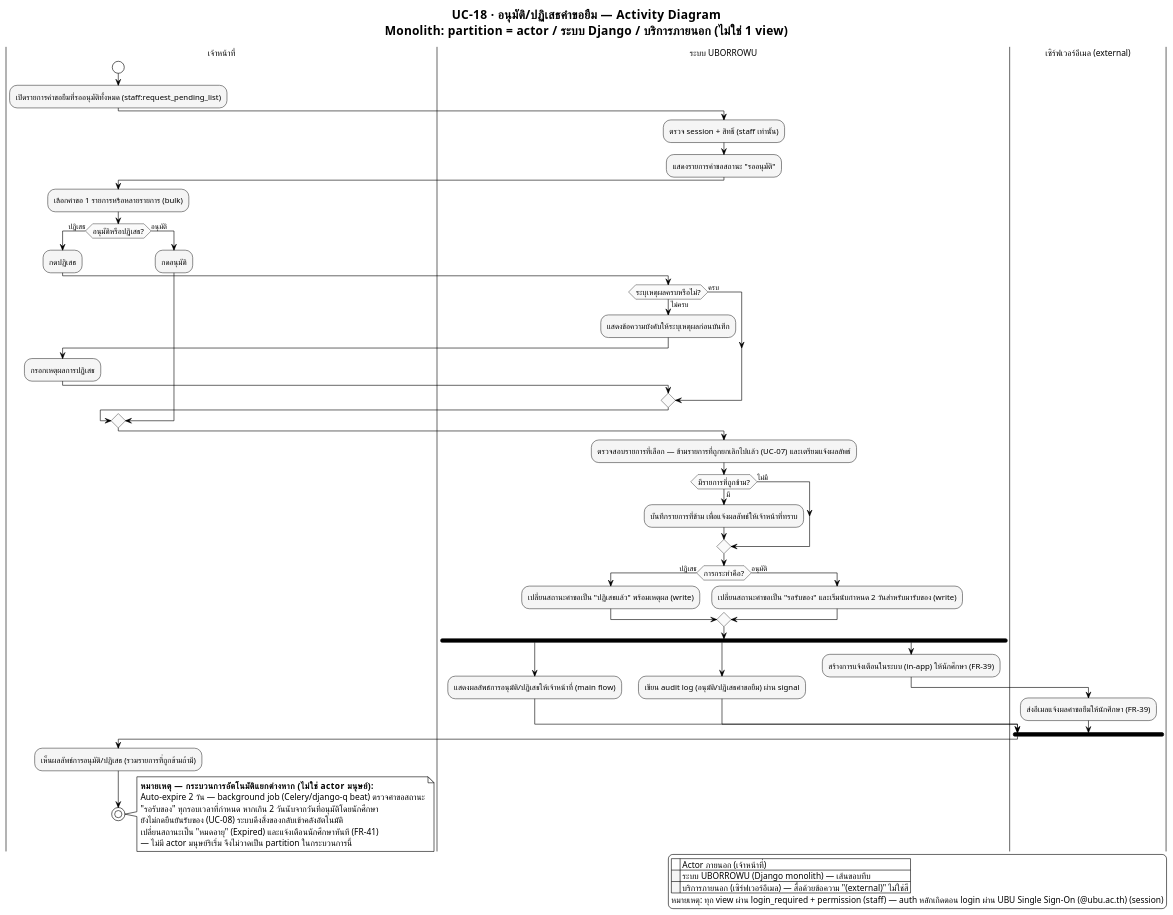
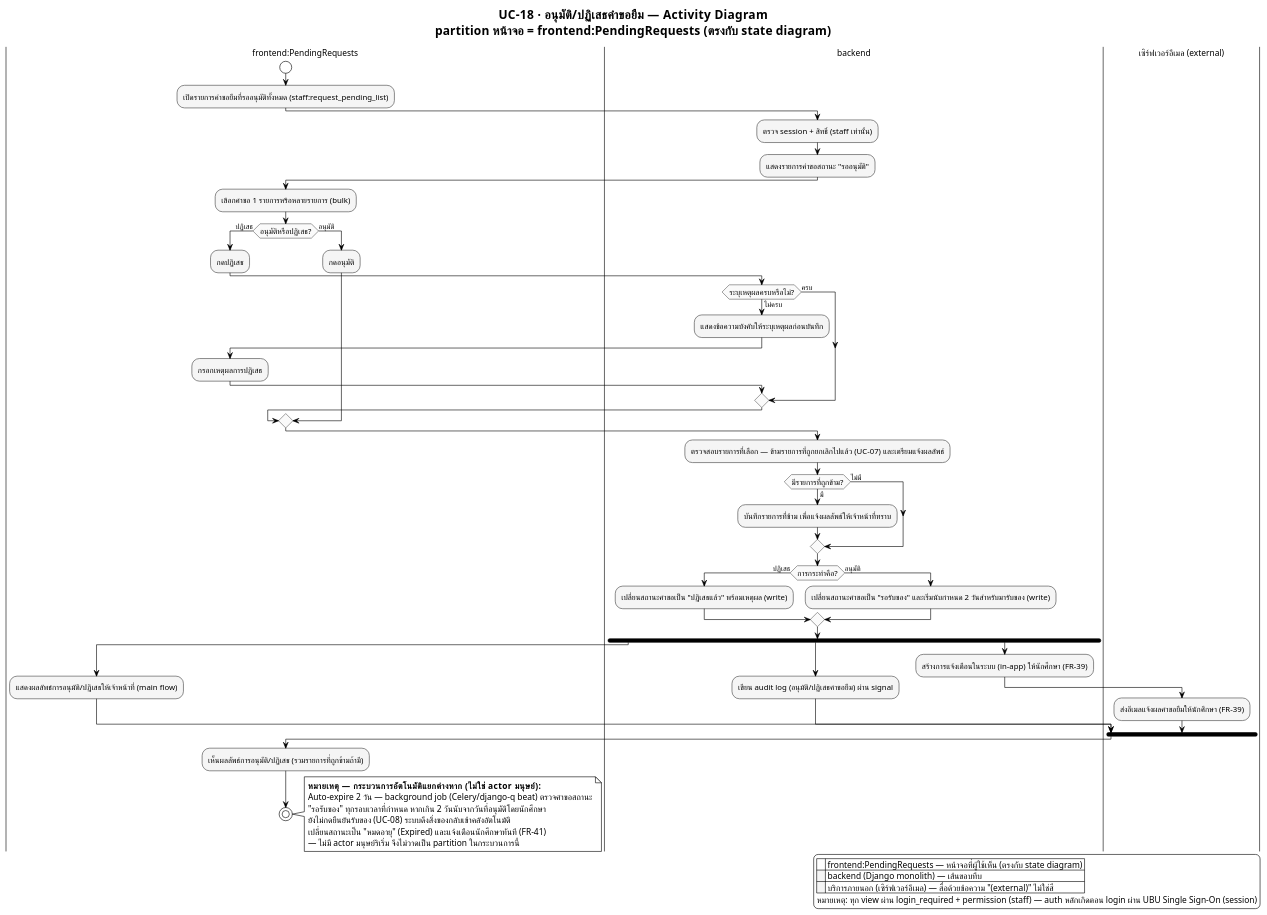
Before and after one commit to patlnwza-007/project-2569: the diagram in proposal/usecase/activity_module6_uc18.puml, drawn with PlantUML. The commit also changed 46 other files, not shown here.

First line of the commit message:
Rework UI state/activity diagrams onto frontend:PageCode/backend convention

```diff
--- a/proposal/usecase/activity_module6_uc18.puml
+++ b/proposal/usecase/activity_module6_uc18.puml
@@ -1,111 +1,113 @@
 @startuml activity_module6_uc18
 ' ══════════════════════════════════════════════════════════════════
 ' รองรับภาษาไทย — อ่านก่อน render:
 ' 1. บันทึกไฟล์นี้เป็น UTF-8 (ไม่ต้องมี BOM) เสมอ
 ' 2. ถ้า render ผ่าน CLI (plantuml.jar) ต้องระบุ flag encoding ด้วย:
 '      java -Dfile.encoding=UTF-8 -jar plantuml.jar -charset UTF-8 activity_staff_uc18_approve_reject.puml
 ' 3. บังคับใช้ Smetana (pure-Java layout engine) แทน Graphviz/dot
 '    เพราะ Graphviz บางระบบ (โดยเฉพาะ Windows) อ่าน UTF-8 ไม่ตรง ทำให้ตัวอักษรไทยเพี้ยน/หาย
 !pragma layout smetana
 ' 4. ฟอนต์ที่มีสระ/วรรณยุกต์ไทยครบและ render ผ่าน Java ได้เสถียร
 '    - Windows: "TH Sarabun New" (ฟอนต์มาตรฐานราชการ) หรือ "Tahoma" (มากับเครื่องอยู่แล้ว)
 '    - Linux / PlantUML online server: เปลี่ยนเป็น "Noto Sans Thai" หรือ "Loma"
 skinparam defaultFontName "TH Sarabun New"
 skinparam defaultFontSize 14
 ' ══════════════════════════════════════════════════════════════════
 
 !theme plain
 skinparam titleFontName "TH Sarabun New"
 skinparam titleFontSize 20
 skinparam noteFontName "TH Sarabun New"
 skinparam ArrowFontName "TH Sarabun New"
 skinparam ArrowFontSize 12
 skinparam swimlaneTitleFontName "TH Sarabun New"
 skinparam swimlaneTitleFontSize 14
 
 ' ===== Monochrome เท่านั้น — ห้ามให้แต่ละ partition มีสีต่างกัน =====
 skinparam activity {
   BackgroundColor #F5F5F5
   BorderColor #424242
   FontName "TH Sarabun New"
   FontSize 13
   DiamondBackgroundColor #FAFAFA
   DiamondBorderColor #616161
 }
 skinparam partition {
   BackgroundColor #FAFAFA
   BorderColor #424242
 }
 
-title UC-18 · อนุมัติ/ปฏิเสธคำขอยืม — Activity Diagram\nMonolith: partition = actor / ระบบ Django / บริการภายนอก (ไม่ใช่ 1 view)
+title UC-18 · อนุมัติ/ปฏิเสธคำขอยืม — Activity Diagram\npartition หน้าจอ = frontend:PendingRequests (ตรงกับ state diagram)
 
-' ===== Actor ภายนอก (human) ที่ริเริ่มกระบวนการ =====
-' หมายเหตุ: สมมติว่าเจ้าหน้าที่ login แล้ว (session ผ่าน allauth) — ไม่ต้องวาด OAuth ซ้ำใน flow ทั่วไป
-|เจ้าหน้าที่|
+|frontend:PendingRequests|
 start
+' สมมติว่าเจ้าหน้าที่ login แล้ว (session) — ไม่ต้องวาด OAuth/SSO ซ้ำใน flow ทั่วไป
 :เปิดรายการคำขอยืมที่รออนุมัติทั้งหมด (staff:request_pending_list);
 
-|ระบบ UBORROWU|
+|backend|
 :ตรวจ session + สิทธิ์ (staff เท่านั้น);
 :แสดงรายการคำขอสถานะ "รออนุมัติ";
 
-|เจ้าหน้าที่|
+|frontend:PendingRequests|
 :เลือกคำขอ 1 รายการหรือหลายรายการ (bulk);
 if (อนุมัติหรือปฏิเสธ?) then (ปฏิเสธ)
   :กดปฏิเสธ;
-  |ระบบ UBORROWU|
+  |backend|
   if (ระบุเหตุผลครบหรือไม่?) then (ไม่ครบ)
     :แสดงข้อความบังคับให้ระบุเหตุผลก่อนบันทึก;
-    |เจ้าหน้าที่|
+    |frontend:PendingRequests|
     :กรอกเหตุผลการปฏิเสธ;
   else (ครบ)
   endif
 else (อนุมัติ)
   :กดอนุมัติ;
 endif
 
-|ระบบ UBORROWU|
+|backend|
 :ตรวจสอบรายการที่เลือก — ข้ามรายการที่ถูกยกเลิกไปแล้ว (UC-07) และเตรียมแจ้งผลลัพธ์;
 if (มีรายการที่ถูกข้าม?) then (มี)
   :บันทึกรายการที่ข้าม เพื่อแจ้งผลลัพธ์ให้เจ้าหน้าที่ทราบ;
 else (ไม่มี)
 endif
 
 if (การกระทำคือ?) then (ปฏิเสธ)
   :เปลี่ยนสถานะคำขอเป็น "ปฏิเสธแล้ว" พร้อมเหตุผล (write);
 else (อนุมัติ)
   :เปลี่ยนสถานะคำขอเป็น "รอรับของ" และเริ่มนับกำหนด 2 วันสำหรับมารับของ (write);
 endif
 
 fork
+  |frontend:PendingRequests|
   :แสดงผลลัพธ์การอนุมัติ/ปฏิเสธให้เจ้าหน้าที่ (main flow);
 fork again
+  |backend|
   :เขียน audit log (อนุมัติ/ปฏิเสธคำขอยืม) ผ่าน signal;
 fork again
+  |backend|
   :สร้างการแจ้งเตือนในระบบ (in-app) ให้นักศึกษา (FR-39);
   |เซิร์ฟเวอร์อีเมล (external)|
   :ส่งอีเมลแจ้งผลคำขอยืมให้นักศึกษา (FR-39);
 end fork
 
-|เจ้าหน้าที่|
+|frontend:PendingRequests|
 :เห็นผลลัพธ์การอนุมัติ/ปฏิเสธ (รวมรายการที่ถูกข้ามถ้ามี);
 
 stop
 
 note right
   **หมายเหตุ — กระบวนการอัตโนมัติแยกต่างหาก (ไม่ใช่ actor มนุษย์):**
   Auto-expire 2 วัน — background job (Celery/django-q beat) ตรวจคำขอสถานะ
   "รอรับของ" ทุกรอบเวลาที่กำหนด หากเกิน 2 วันนับจากวันที่อนุมัติโดยนักศึกษา
   ยังไม่กดยืนยันรับของ (UC-08) ระบบดึงสิ่งของกลับเข้าคลังอัตโนมัติ
   เปลี่ยนสถานะเป็น "หมดอายุ" (Expired) และแจ้งเตือนนักศึกษาทันที (FR-41)
   — ไม่มี actor มนุษย์ริเริ่ม จึงไม่วาดเป็น partition ในกระบวนการนี้
 end note
 
 legend right
-  |<back:white>    </back>| Actor ภายนอก (เจ้าหน้าที่) |
-  |<back:#F5F5F5>    </back>| ระบบ UBORROWU (Django monolith) — เส้นขอบทึบ |
+  |<back:white>    </back>| frontend:PendingRequests — หน้าจอที่ผู้ใช้เห็น (ตรงกับ state diagram) |
+  |<back:#F5F5F5>    </back>| backend (Django monolith) — เส้นขอบทึบ |
   |<back:#F5F5F5>    </back>| บริการภายนอก (เซิร์ฟเวอร์อีเมล) — สื่อด้วยข้อความ "(external)" ไม่ใช่สี |
-  หมายเหตุ: ทุก view ผ่าน login_required + permission (staff) — auth หลักเกิดตอน login ผ่าน UBU Single Sign-On (@ubu.ac.th) (session)
+  หมายเหตุ: ทุก view ผ่าน login_required + permission (staff) — auth หลักเกิดตอน login ผ่าน UBU Single Sign-On (session)
 endlegend
 
 @enduml
```
